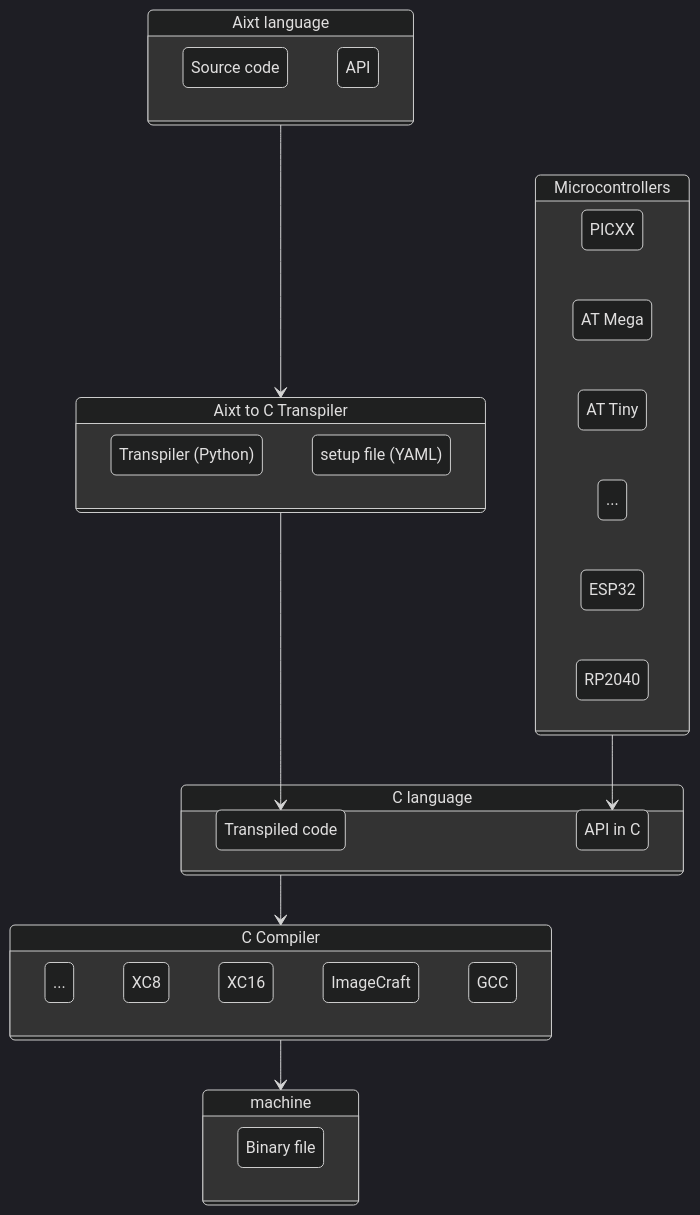
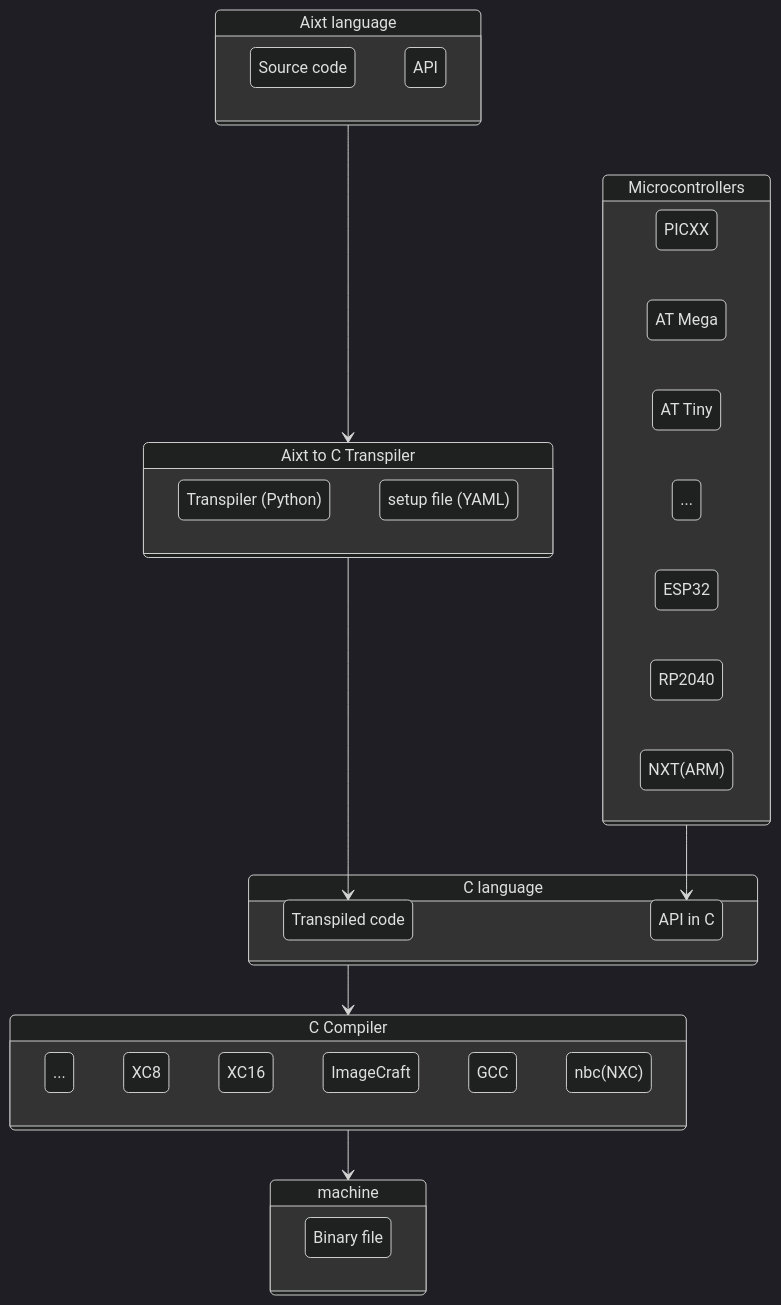
Before and after one commit to fermarsan/aixt: the diagram in README.md, drawn with Mermaid (dark theme).

Commit message:
Diagram update

````diff
--- a/README.md
+++ b/README.md
@@ -9,55 +9,57 @@
 ```mermaid
 stateDiagram-v2
 
     Aixt: Aixt language
     state Aixt {
         source: Source code
         API
     }
 
     Aixt2C: Aixt to C Transpiler
     state Aixt2C {
         Transpiler: Transpiler (Python)
         setup: setup file (YAML)
     }
 
     C: C language
     state C {
         Tr_Code: Transpiled code
         API_C: API in C
     }
 
     state Microcontrollers {
         direction RL
         PICs: PICXX
         ATM: AT Mega
         ATT: AT Tiny
         others2: ...
         ESP32
         RP2040
+        NXT(ARM) 
     }
 
     C_Compiler: C Compiler
     state C_Compiler {
         others: ...
         XC8  
         XC16 
-        ImageCraft  
+        ImageCraft
+        GCC  
         others 
-        GCC 
+        nbc(NXC) 
     }
     
     machine
     state machine {
         BF: Binary file
     }
     
     Aixt     --> Aixt2C 
     Aixt2C  --> Tr_Code
 
     C     --> C_Compiler
 
     C_Compiler  --> machine
 
     Microcontrollers --> API_C
 ```
````
